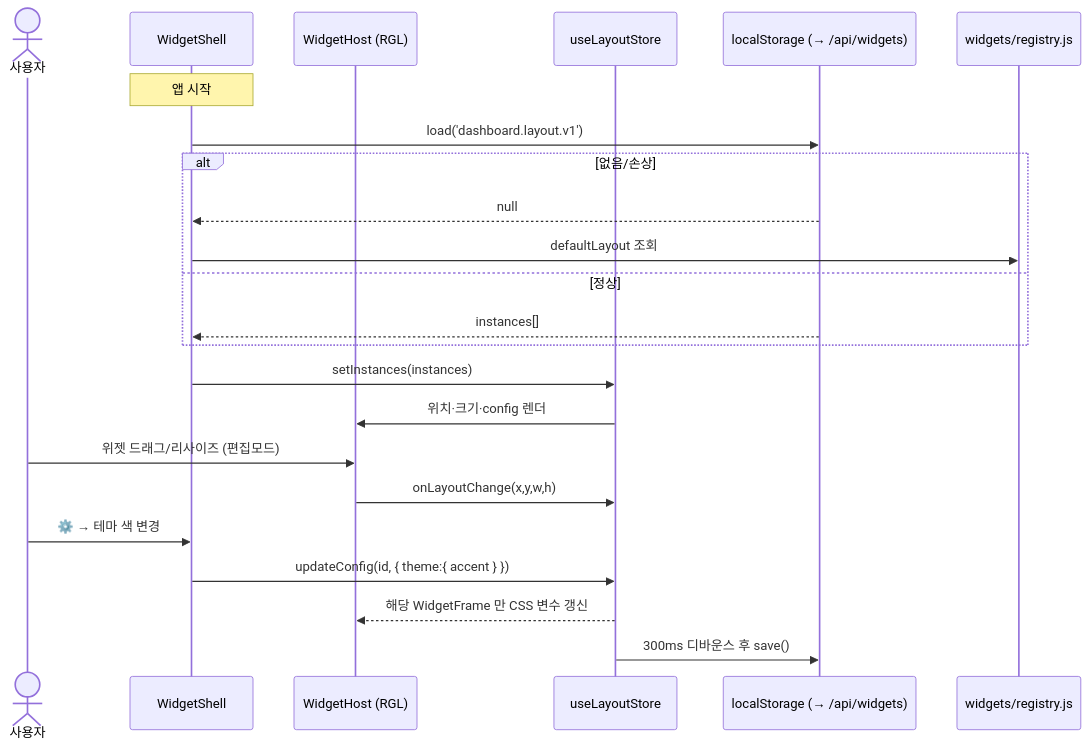
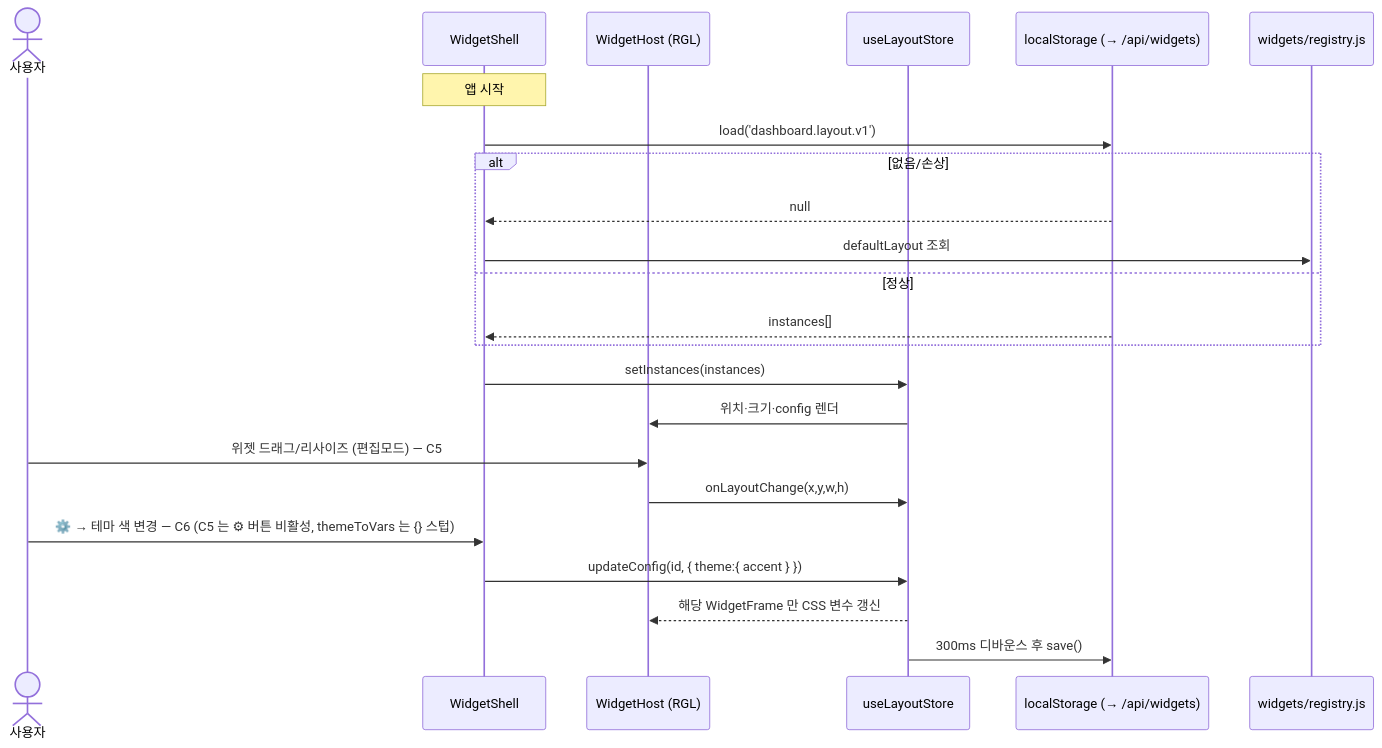
One commit to gamercross/my-setup-proj changed the third of 4 diagrams in docs/product/architecture/DESIGN.md. Above: the diagram before and after it, drawn with Mermaid. The commit also changed other lines of this file and 35 other files, not shown here.

````diff
--- a/docs/product/architecture/DESIGN.md
+++ b/docs/product/architecture/DESIGN.md
@@ -238,27 +242,27 @@
 ```mermaid
 sequenceDiagram
   actor U as 사용자
   participant SH as WidgetShell
   participant HO as WidgetHost (RGL)
   participant LS as useLayoutStore
   participant P as localStorage (→ /api/widgets)
   participant REG as widgets/registry.js
 
   Note over SH: 앱 시작
   SH->>P: load('dashboard.layout.v1')
   alt 없음/손상
     P-->>SH: null
     SH->>REG: defaultLayout 조회
   else 정상
     P-->>SH: instances[]
   end
   SH->>LS: setInstances(instances)
   LS->>HO: 위치·크기·config 렌더
 
-  U->>HO: 위젯 드래그/리사이즈 (편집모드)
+  U->>HO: 위젯 드래그/리사이즈 (편집모드) — C5
   HO->>LS: onLayoutChange(x,y,w,h)
-  U->>SH: ⚙️ → 테마 색 변경
+  U->>SH: ⚙️ → 테마 색 변경 — C6 (C5 는 ⚙ 버튼 비활성, themeToVars 는 {} 스텁)
   SH->>LS: updateConfig(id, { theme:{ accent } })
   LS-->>HO: 해당 WidgetFrame 만 CSS 변수 갱신
   LS->>P: 300ms 디바운스 후 save()
 ```
````
